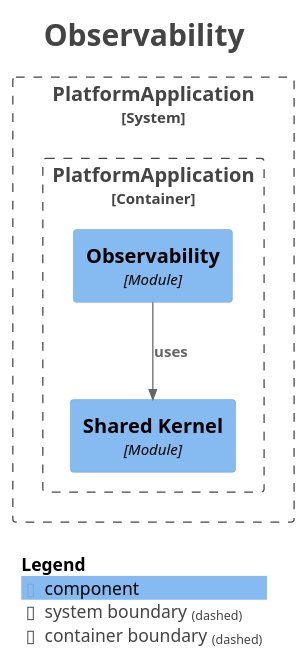
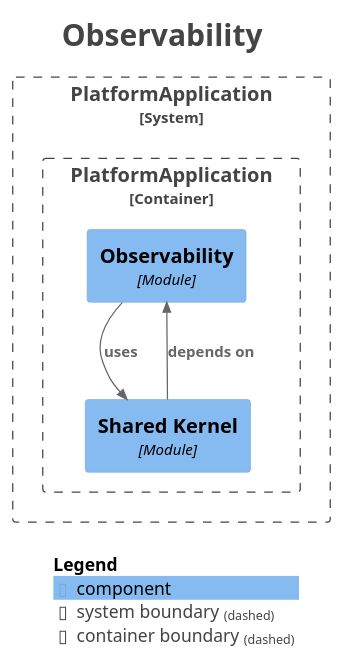
The diagram in platform-app/docs/architecture/maps/generated/modulith/module-observability.puml (shangxq007/media-platform), drawn with PlantUML before and after one commit. The commit also changed 43 other files, not shown here.

```diff
--- a/platform-app/docs/architecture/maps/generated/modulith/module-observability.puml
+++ b/platform-app/docs/architecture/maps/generated/modulith/module-observability.puml
@@ -1,30 +1,31 @@
 @startuml
 title <size:24>Observability</size>
 
 set separator none
 top to bottom direction
 
 <style>
   root {
     BackgroundColor: #ffffff
     FontColor: #444444
   }
 </style>
 
 !include <C4/C4>
 !include <C4/C4_Context>
 !include <C4/C4_Component>
 
 System_Boundary("PlatformApplication_boundary", "PlatformApplication", $tags="") {
   Container_Boundary("PlatformApplication.PlatformApplication_boundary", "PlatformApplication", $tags="") {
+    Component(PlatformApplication.PlatformApplication.Observability, "Observability", $techn="Module", $descr="", $tags="", $link="")
     Component(PlatformApplication.PlatformApplication.SharedKernel, "Shared Kernel", $techn="Module", $descr="", $tags="", $link="")
-    Component(PlatformApplication.PlatformApplication.Observability, "Observability", $techn="Module", $descr="", $tags="", $link="")
   }
 
 }
 
 Rel(PlatformApplication.PlatformApplication.Observability, PlatformApplication.PlatformApplication.SharedKernel, "uses", $techn="", $tags="", $link="")
+Rel(PlatformApplication.PlatformApplication.SharedKernel, PlatformApplication.PlatformApplication.Observability, "depends on", $techn="", $tags="", $link="")
 
 SHOW_LEGEND(true)
 hide stereotypes
 @enduml
```
